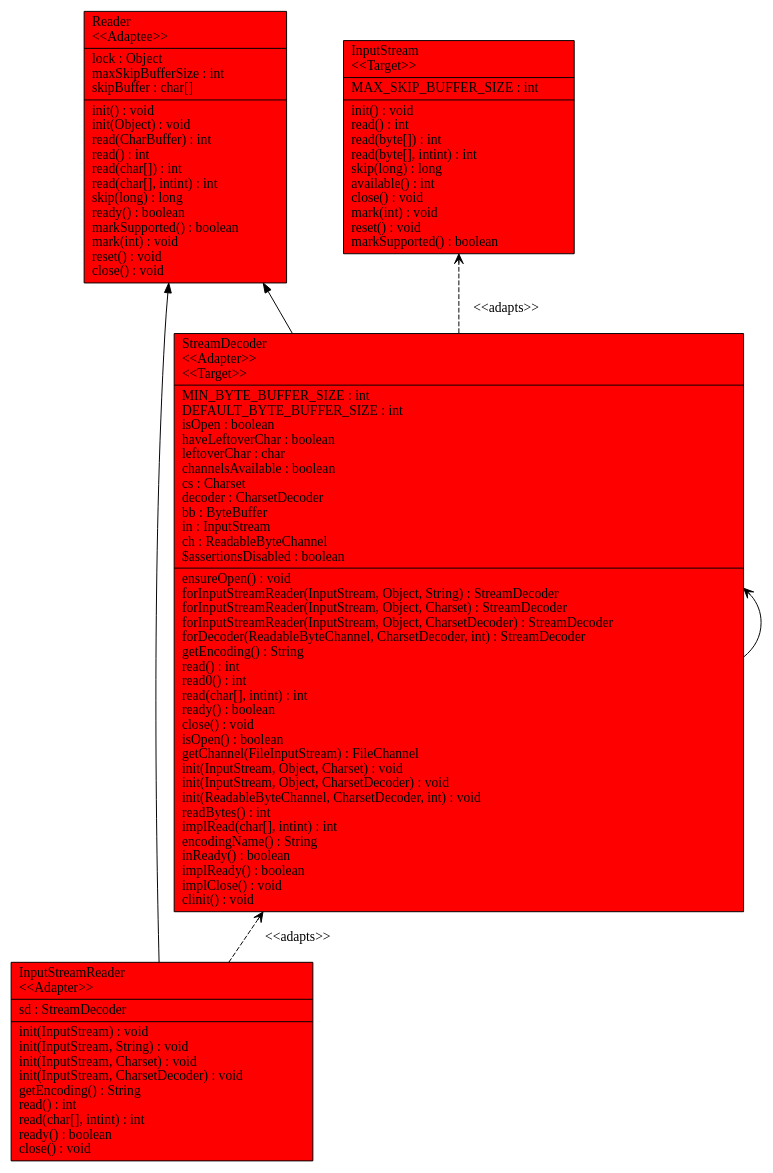
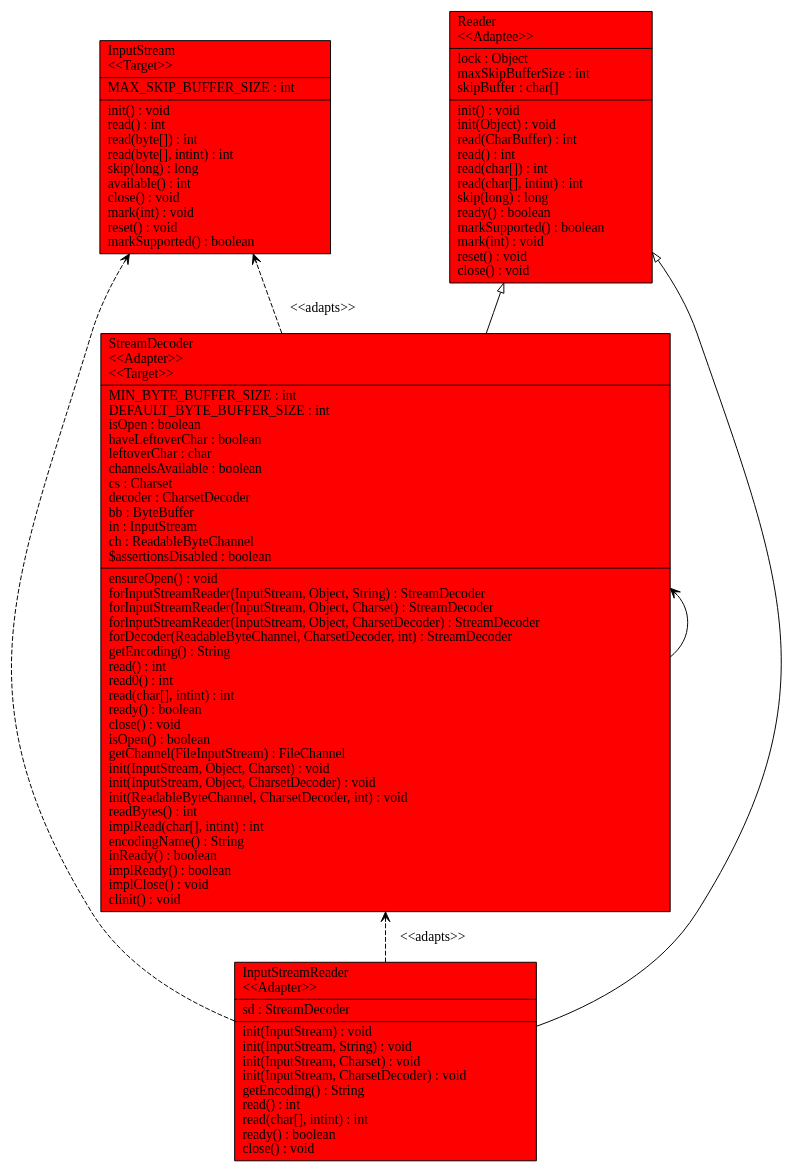
Before and after one commit to chinchalupa/CSSE374-Project: the diagram in input_output/input_stream_reader.dot, drawn with Graphviz. The commit also changed 27 other files, not shown here.

```diff
--- a/input_output/input_stream_reader.dot
+++ b/input_output/input_stream_reader.dot
@@ -1,25 +1,27 @@
 digraph G {
 
 fontname = "Bitstream Vera Sans"
 fontsize = 8
 rankdir=BT
 
 node [shape = "record" color = "#000000" fillcolor = "#ff0000" style="filled"]
 ClassTInputStream [label = "{InputStream\l\<\<Target\>\>\l|MAX_SKIP_BUFFER_SIZE : int\l|init() : void\lread() : int\lread(byte[]) : int\lread(byte[], intint) : int\lskip(long) : long\lavailable() : int\lclose() : void\lmark(int) : void\lreset() : void\lmarkSupported() : boolean\l}"]
 node [shape = "record" color = "#000000" fillcolor = "#ff0000" style="filled"]
 ClassTInputStreamReader [label = "{InputStreamReader\l\<\<Adapter\>\>\l|sd : StreamDecoder\l|init(InputStream) : void\linit(InputStream, String) : void\linit(InputStream, Charset) : void\linit(InputStream, CharsetDecoder) : void\lgetEncoding() : String\lread() : int\lread(char[], intint) : int\lready() : boolean\lclose() : void\l}"]
 node [shape = "record" color = "#000000" fillcolor = "#ff0000" style="filled"]
 ClassTReader [label = "{Reader\l\<\<Adaptee\>\>\l|lock : Object\lmaxSkipBufferSize : int\lskipBuffer : char[]\l|init() : void\linit(Object) : void\lread(CharBuffer) : int\lread() : int\lread(char[]) : int\lread(char[], intint) : int\lskip(long) : long\lready() : boolean\lmarkSupported() : boolean\lmark(int) : void\lreset() : void\lclose() : void\l}"]
 node [shape = "record" color = "#000000" fillcolor = "#ff0000" style="filled"]
 ClassTStreamDecoder [label = "{StreamDecoder\l\<\<Adapter\>\>\l\<\<Target\>\>\l|MIN_BYTE_BUFFER_SIZE : int\lDEFAULT_BYTE_BUFFER_SIZE : int\lisOpen : boolean\lhaveLeftoverChar : boolean\lleftoverChar : char\lchannelsAvailable : boolean\lcs : Charset\ldecoder : CharsetDecoder\lbb : ByteBuffer\lin : InputStream\lch : ReadableByteChannel\l$assertionsDisabled : boolean\l|ensureOpen() : void\lforInputStreamReader(InputStream, Object, String) : StreamDecoder\lforInputStreamReader(InputStream, Object, Charset) : StreamDecoder\lforInputStreamReader(InputStream, Object, CharsetDecoder) : StreamDecoder\lforDecoder(ReadableByteChannel, CharsetDecoder, int) : StreamDecoder\lgetEncoding() : String\lread() : int\lread0() : int\lread(char[], intint) : int\lready() : boolean\lclose() : void\lisOpen() : boolean\lgetChannel(FileInputStream) : FileChannel\linit(InputStream, Object, Charset) : void\linit(InputStream, Object, CharsetDecoder) : void\linit(ReadableByteChannel, CharsetDecoder, int) : void\lreadBytes() : int\limplRead(char[], intint) : int\lencodingName() : String\linReady() : boolean\limplReady() : boolean\limplClose() : void\lclinit() : void\l}"]
-edge [arrowhead = "normal" style = "solid" label = ""]
+edge [arrowhead = "onormal" style = "solid" label = ""]
 ClassTInputStreamReader -> ClassTReader
 edge [arrowhead = "vee" style = "dashed" label = "\<\<adapts\>\>"]
 ClassTInputStreamReader -> ClassTStreamDecoder
-edge [arrowhead = "normal" style = "solid" label = ""]
+edge [arrowhead = "vee" style = "dashed" label = ""]
+ClassTInputStreamReader -> ClassTInputStream
+edge [arrowhead = "onormal" style = "solid" label = ""]
 ClassTStreamDecoder -> ClassTReader
 edge [arrowhead = "vee" style = "dashed" label = "\<\<adapts\>\>"]
 ClassTStreamDecoder -> ClassTInputStream
 edge [arrowhead = "vee" style = "solid" label = ""]
 ClassTStreamDecoder -> ClassTStreamDecoder
 }
```
